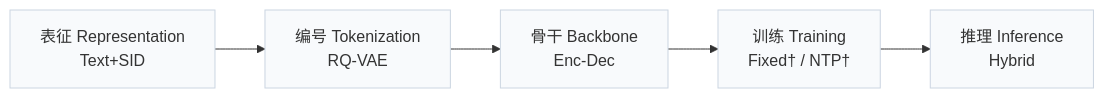
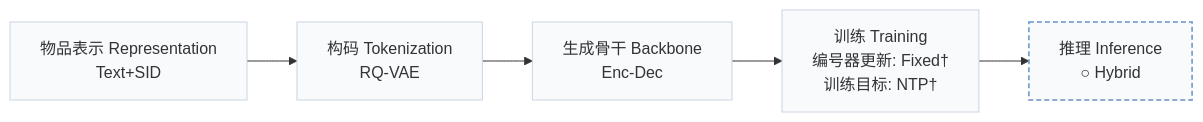
One commit to Galaxy-ghost/Awesome-SID-Generative-Rec changed the first of 2 diagrams in pages/zh/papers/gr-generalize.md. Above: the diagram before and after it, drawn with Mermaid. The commit also changed other lines of this file and 558 other files, not shown here.

````diff
--- a/pages/zh/papers/gr-generalize.md
+++ b/pages/zh/papers/gr-generalize.md
@@ -15,6 +18,8 @@
 ```mermaid
 flowchart LR
-    R["表征 Representation<br/>Text+SID"] --> T["编号 Tokenization<br/>RQ-VAE"] --> B["骨干 Backbone<br/>Enc-Dec"] --> TR["训练 Training<br/>Fixed† / NTP†"] --> I["推理 Inference<br/>Hybrid"]
+    R["物品表示 Representation<br/>Text+SID"] --> T["构码 Tokenization<br/>RQ-VAE"] --> B["生成骨干 Backbone<br/>Enc-Dec"] --> TR["训练 Training<br/>编号器更新: Fixed†<br/>训练目标: NTP†"] --> I["推理 Inference<br/>○ Hybrid"]
     classDef base fill:#f8fafc,stroke:#cbd5e1
     class R,T,B,TR,I base
+    classDef other fill:#f8fafc,stroke:#6b8fc7,stroke-width:1.5px,stroke-dasharray:5 3
+    class I other
 ```
````
